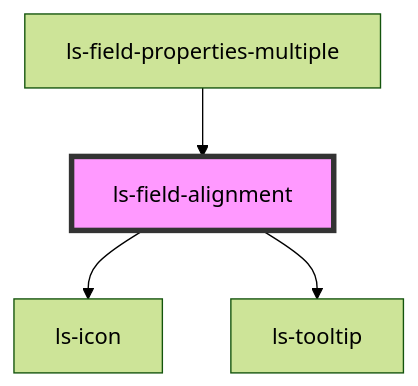
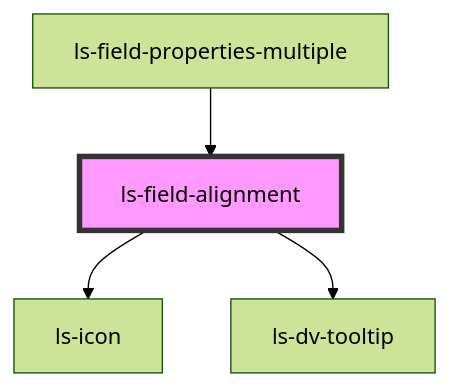
The diagram in src/components/ls-field-alignment/readme.md (legalesign/ls-document-viewer), drawn with Mermaid (forest theme) before and after one commit. The commit also changed other lines of this file and 72 other files, not shown here.

````diff
--- a/src/components/ls-field-alignment/readme.md
+++ b/src/components/ls-field-alignment/readme.md
@@ -35,7 +35,7 @@
 ```mermaid
 graph TD;
   ls-field-alignment --> ls-icon
-  ls-field-alignment --> ls-tooltip
+  ls-field-alignment --> ls-dv-tooltip
   ls-field-properties-multiple --> ls-field-alignment
   style ls-field-alignment fill:#f9f,stroke:#333,stroke-width:4px
 ```
````
